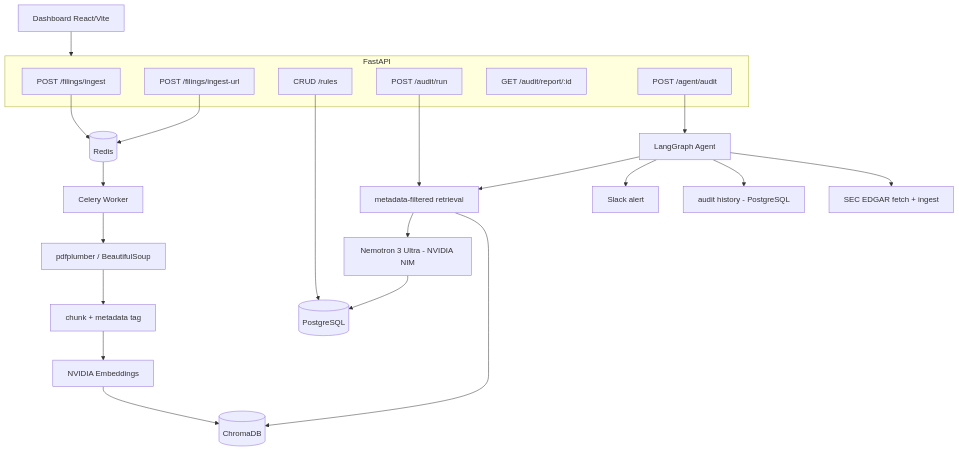
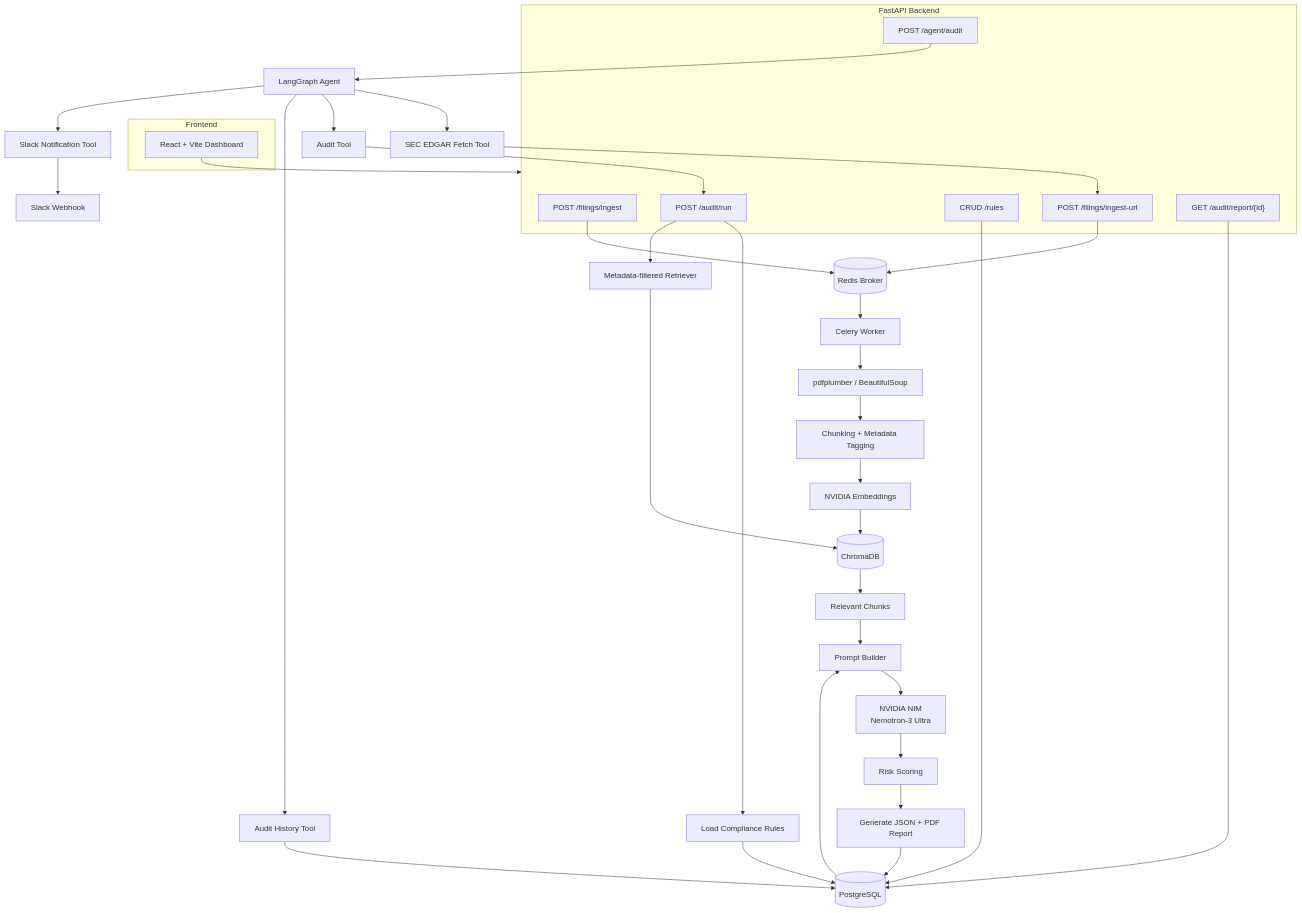
One commit to MAXIKARTIK/FinTech-compliance-auditor-NVIDIA-NIM-RAG-pipeline-MCP-agent-Langchain changed the first of 2 diagrams in README.md. Above: the diagram before and after it, drawn with Mermaid. The commit also changed other lines of this file, not shown here.

Commit message:
correct hld arch

````diff
--- a/README.md
+++ b/README.md
@@ -31,29 +33,103 @@
 ```mermaid
 flowchart TB
-    UI[Dashboard React/Vite] --> API
 
-    subgraph API[FastAPI]
-      E1[POST /filings/ingest]
-      E6[POST /filings/ingest-url]
-      E2[CRUD /rules]
-      E3[POST /audit/run]
-      E4[GET /audit/report/:id]
-      E5[POST /agent/audit]
-    end
+%% ===========================
+%% Frontend
+%% ===========================
 
-    E1 --> RD[(Redis)]
-    E6 --> RD
-    RD --> CW[Celery Worker]
-    CW --> PARSE[pdfplumber / BeautifulSoup] --> CHUNK[chunk + metadata tag]
-    CHUNK --> EMB[NVIDIA Embeddings] --> CHROMA[(ChromaDB)]
+subgraph Frontend
+    UI["React + Vite Dashboard"]
+end
 
-    E2 --> PG[(PostgreSQL)]
-    E3 --> RET[metadata-filtered retrieval] --> CHROMA
-    RET --> LLM[Nemotron 3 Ultra - NVIDIA NIM] --> PG
+%% ===========================
+%% API Layer
+%% ===========================
 
-    E5 --> AGENT[LangGraph Agent]
-    AGENT --> EDGAR[SEC EDGAR fetch + ingest]
-    AGENT --> HIST[audit history - PostgreSQL]
-    AGENT --> SLACK[Slack alert]
-    AGENT --> RET
+subgraph API["FastAPI Backend"]
+
+INGEST["POST /filings/ingest"]
+INGESTURL["POST /filings/ingest-url"]
+RULES["CRUD /rules"]
+AUDIT["POST /audit/run"]
+REPORT["GET /audit/report/{id}"]
+AGENT["POST /agent/audit"]
+
+end
+
+UI --> API
+
+%% ===========================
+%% Async Ingestion Pipeline
+%% ===========================
+
+INGEST --> REDIS
+INGESTURL --> REDIS
+
+REDIS[(Redis Broker)]
+
+REDIS --> CELERY["Celery Worker"]
+
+CELERY --> PARSER["pdfplumber / BeautifulSoup"]
+
+PARSER --> CHUNK["Chunking + Metadata Tagging"]
+
+CHUNK --> EMBED["NVIDIA Embeddings"]
+
+EMBED --> CHROMA[(ChromaDB)]
+
+%% ===========================
+%% Metadata & Rules
+%% ===========================
+
+RULES --> POSTGRES[(PostgreSQL)]
+
+%% ===========================
+%% Audit Pipeline
+%% ===========================
+
+AUDIT --> LOADRULES["Load Compliance Rules"]
+
+LOADRULES --> POSTGRES
+
+AUDIT --> RETRIEVER["Metadata-filtered Retriever"]
+
+RETRIEVER --> CHROMA
+
+CHROMA --> CONTEXT["Relevant Chunks"]
+
+CONTEXT --> PROMPT["Prompt Builder"]
+
+POSTGRES --> PROMPT
+
+PROMPT --> LLM["NVIDIA NIM\nNemotron-3 Ultra"]
+
+LLM --> SCORE["Risk Scoring"]
+
+SCORE --> REPORTGEN["Generate JSON + PDF Report"]
+
+REPORTGEN --> POSTGRES
+
+REPORT --> POSTGRES
+
+%% ===========================
+%% LangGraph Agent
+%% ===========================
+
+AGENT --> LANGGRAPH["LangGraph Agent"]
+
+LANGGRAPH --> SEC["SEC EDGAR Fetch Tool"]
+
+LANGGRAPH --> AUDITTOOL["Audit Tool"]
+
+LANGGRAPH --> HISTORY["Audit History Tool"]
+
+LANGGRAPH --> SLACK["Slack Notification Tool"]
+
+SEC --> INGESTURL
+
+AUDITTOOL --> AUDIT
+
+HISTORY --> POSTGRES
+
+SLACK --> WEBHOOK["Slack Webhook"]
 ```
````
